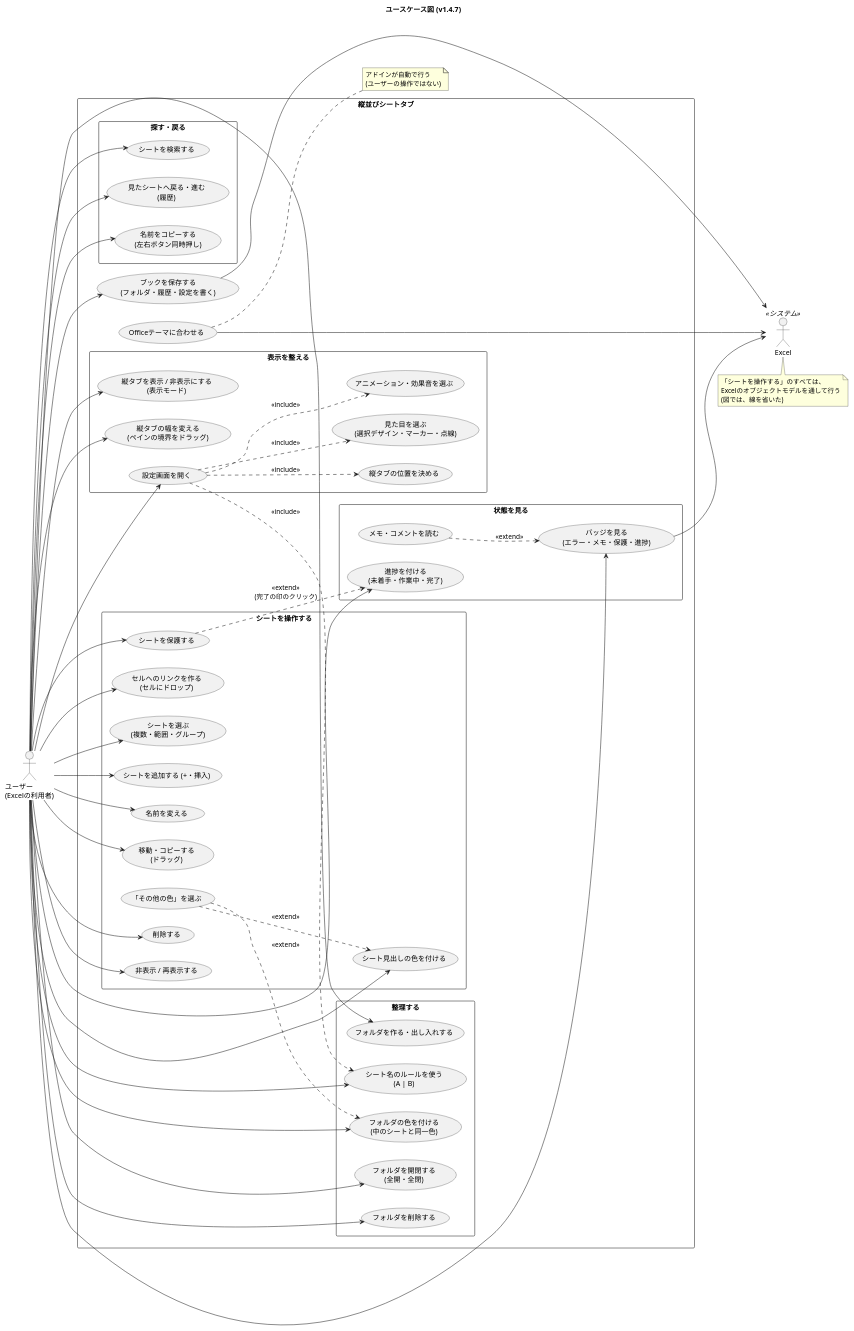
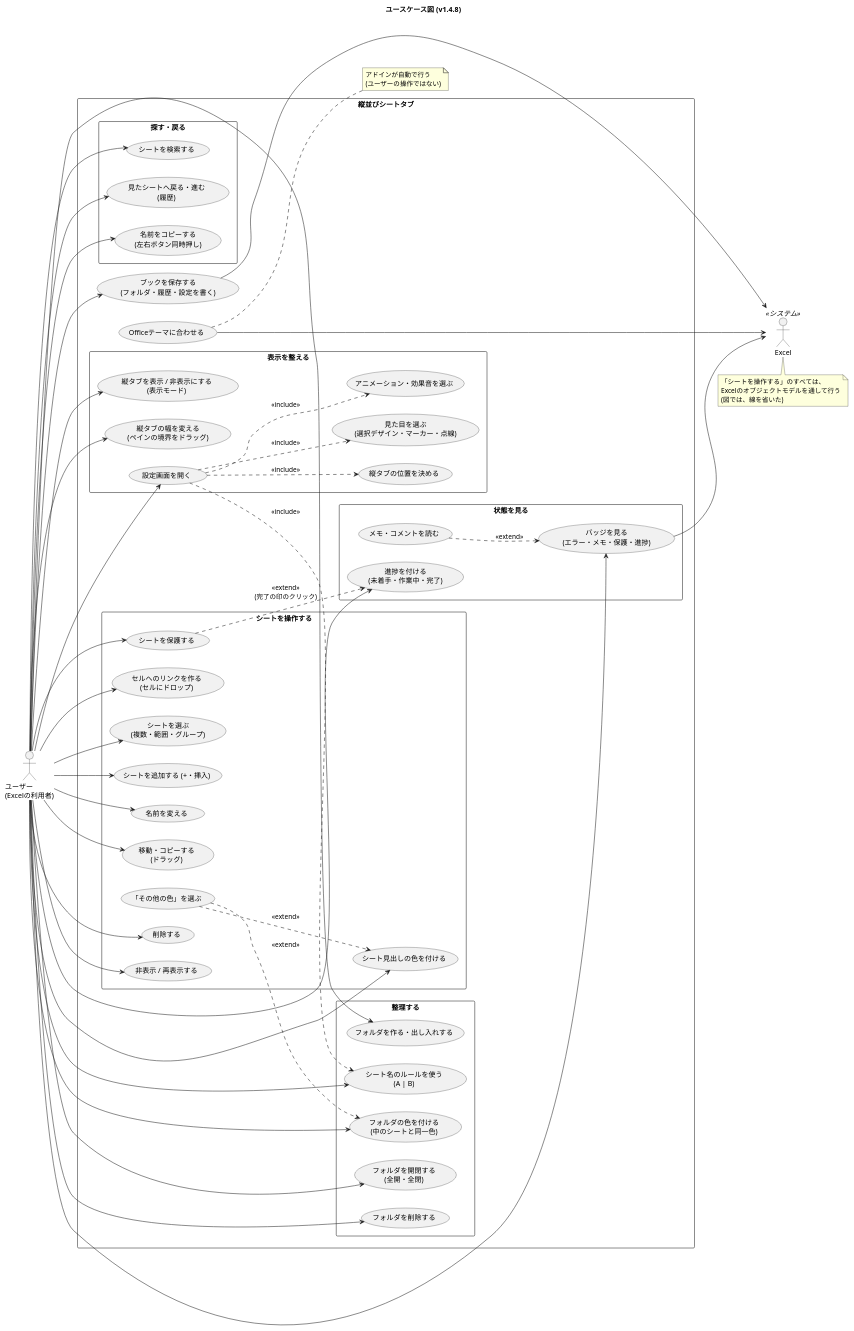
One commit to nk-taka623/VerticalSheetTabs changed the diagram in docs/usecase.puml. Above: the diagram before and after it, drawn with PlantUML. The commit also changed 14 other files, not shown here.

Commit message:
v1.4.8 にする (バージョン、README の変更点、設計図の版数)

```diff
--- a/docs/usecase.puml
+++ b/docs/usecase.puml
@@ -1,105 +1,105 @@
 @startuml
-title ユースケース図 (v1.4.7)
+title ユースケース図 (v1.4.8)
 left to right direction
 skinparam shadowing false
 skinparam packageStyle rectangle
 
 actor "ユーザー\n(Excelの利用者)" as U
 actor "Excel" as XL <<システム>>
 
 rectangle "縦並びシートタブ" {
 
   package "シートを操作する" {
     usecase "シートを選ぶ\n(複数・範囲・グループ)" as UC_SEL
     usecase "シートを追加する (+・挿入)" as UC_ADD
     usecase "名前を変える" as UC_REN
     usecase "移動・コピーする\n(ドラッグ)" as UC_MOVE
     usecase "削除する" as UC_DEL
     usecase "非表示 / 再表示する" as UC_HIDE
     usecase "シート見出しの色を付ける" as UC_COLOR
     usecase "「その他の色」を選ぶ" as UC_MORE
     usecase "シートを保護する" as UC_PROT
     usecase "セルへのリンクを作る\n(セルにドロップ)" as UC_LINK
   }
 
   package "整理する" {
     usecase "フォルダを作る・出し入れする" as UC_FOLDER
     usecase "フォルダを開閉する\n(全開・全閉)" as UC_TOGGLE
     usecase "フォルダの色を付ける\n(中のシートと同一色)" as UC_FCOLOR
     usecase "フォルダを削除する" as UC_FDEL
     usecase "シート名のルールを使う\n(A | B)" as UC_RULE
   }
 
   package "探す・戻る" {
     usecase "シートを検索する" as UC_SEARCH
     usecase "見たシートへ戻る・進む\n(履歴)" as UC_HIST
     usecase "名前をコピーする\n(左右ボタン同時押し)" as UC_COPY
   }
 
   package "状態を見る" {
     usecase "バッジを見る\n(エラー・メモ・保護・進捗)" as UC_BADGE
     usecase "メモ・コメントを読む" as UC_MEMO
     usecase "進捗を付ける\n(未着手・作業中・完了)" as UC_PROG
   }
 
   package "表示を整える" {
     usecase "縦タブを表示 / 非表示にする\n(表示モード)" as UC_MODE
     usecase "縦タブの位置を決める" as UC_SIDE
     usecase "縦タブの幅を変える\n(ペインの境界をドラッグ)" as UC_WIDTH
     usecase "設定画面を開く" as UC_SET
     usecase "見た目を選ぶ\n(選択デザイン・マーカー・点線)" as UC_LOOK
     usecase "アニメーション・効果音を選ぶ" as UC_ANIM
   }
 
   usecase "ブックを保存する\n(フォルダ・履歴・設定を書く)" as UC_SAVE
   usecase "Officeテーマに合わせる" as UC_THEME
 }
 
 U --> UC_SEL
 U --> UC_ADD
 U --> UC_REN
 U --> UC_MOVE
 U --> UC_DEL
 U --> UC_HIDE
 U --> UC_COLOR
 U --> UC_PROT
 U --> UC_LINK
 U --> UC_FOLDER
 U --> UC_TOGGLE
 U --> UC_FCOLOR
 U --> UC_FDEL
 U --> UC_RULE
 U --> UC_SEARCH
 U --> UC_HIST
 U --> UC_COPY
 U --> UC_BADGE
 U --> UC_PROG
 U --> UC_MODE
 U --> UC_WIDTH
 U --> UC_SET
 U --> UC_SAVE
 
 UC_MORE ..> UC_COLOR : <<extend>>
 UC_MORE ..> UC_FCOLOR : <<extend>>
 UC_MEMO ..> UC_BADGE : <<extend>>
 UC_PROT ..> UC_PROG : <<extend>>\n(完了の印のクリック)
 UC_SET ..> UC_SIDE : <<include>>
 UC_SET ..> UC_LOOK : <<include>>
 UC_SET ..> UC_ANIM : <<include>>
 UC_SET ..> UC_RULE : <<include>>
 
 UC_SAVE --> XL
 UC_THEME --> XL
 UC_BADGE --> XL
 
 note bottom of XL
   「シートを操作する」のすべては、
   Excelのオブジェクトモデルを通して行う
   (図では、線を省いた)
 end note
 
 note right of UC_THEME
   アドインが自動で行う
   (ユーザーの操作ではない)
 end note
 @enduml
```
